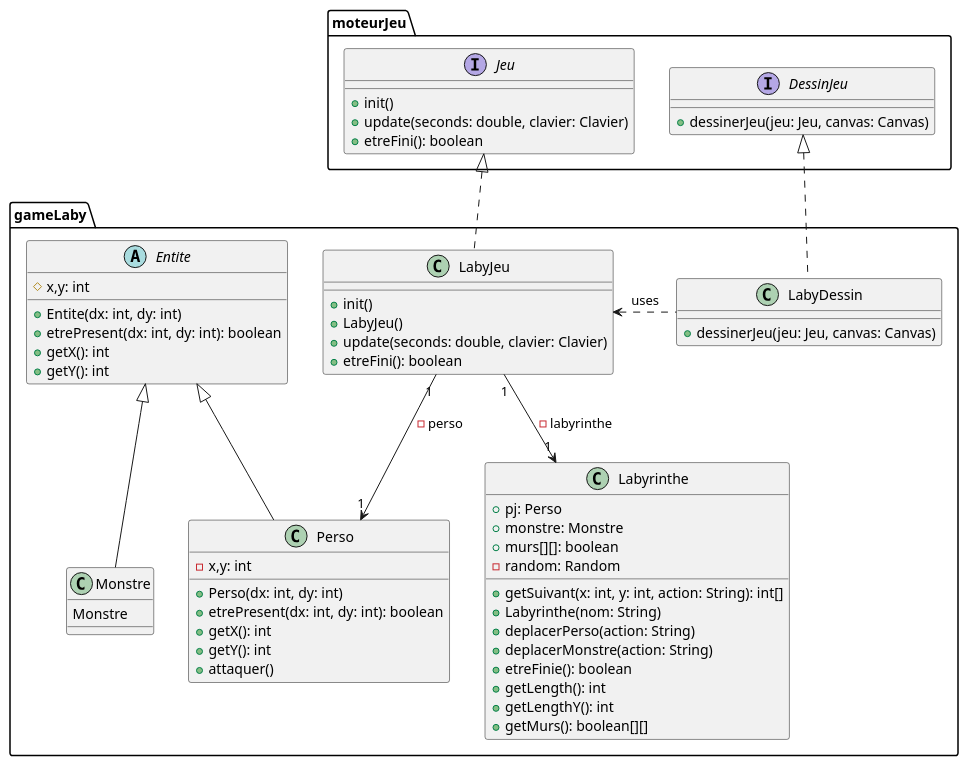
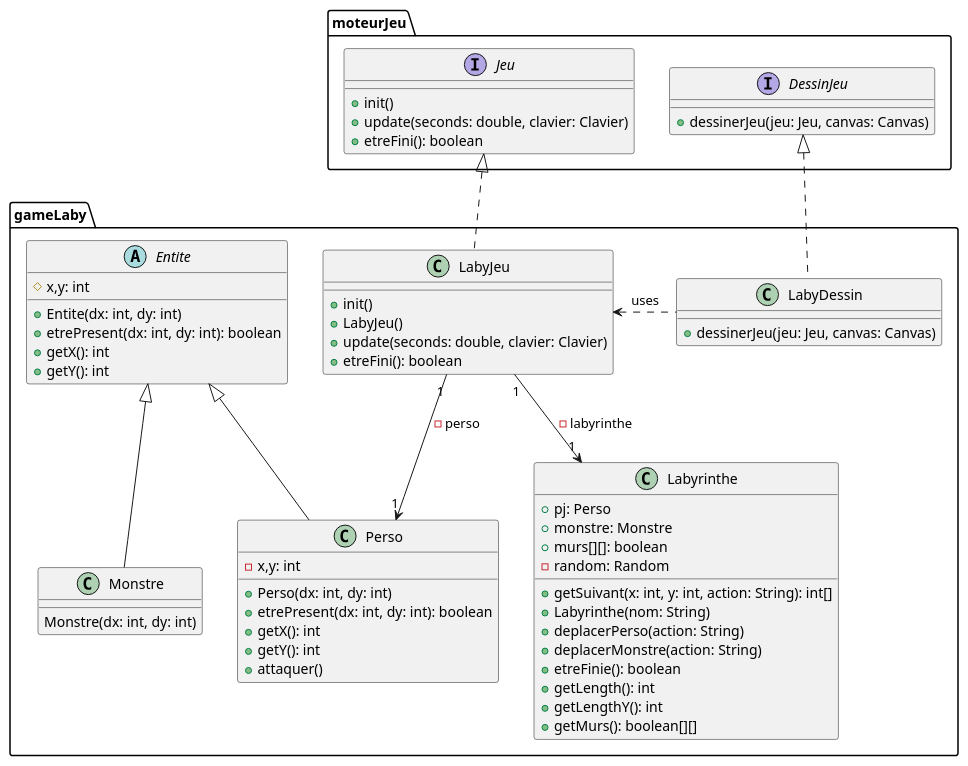
Before and after one commit to SolareFlame/2024_Zeldiablo_heuertz_knorst_defolie: the diagram in documents/version_2/diagclass_labyrinthe.puml, drawn with PlantUML. The commit also changed 1 other file, not shown here.

```diff
--- a/documents/version_2/diagclass_labyrinthe.puml
+++ b/documents/version_2/diagclass_labyrinthe.puml
@@ -1,81 +1,81 @@
 @startuml
 
 package moteurJeu {
 
 interface Jeu{
 + init()
 + update(seconds: double, clavier: Clavier)
 + etreFini(): boolean
 }
 
 
 interface DessinJeu {
 + dessinerJeu(jeu: Jeu, canvas: Canvas)
 }
 }
 
 package gameLaby{
 
 class LabyJeu{
 + init()
 + LabyJeu()
 + update(seconds: double, clavier: Clavier)
 + etreFini(): boolean
 }
 
 Jeu <|.. LabyJeu
 
 class Labyrinthe{
 + pj: Perso
 + monstre: Monstre
 + murs[][]: boolean
 - random: Random
 + getSuivant(x: int, y: int, action: String): int[]
 + Labyrinthe(nom: String)
 + deplacerPerso(action: String)
 + deplacerMonstre(action: String)
 + etreFinie(): boolean
 + getLength(): int
 + getLengthY(): int
 + getMurs(): boolean[][]
 }
 
 LabyJeu "1" --> "1" Labyrinthe : -labyrinthe
 
 class Perso{
 - x,y: int
 + Perso(dx: int, dy: int)
 + etrePresent(dx: int, dy: int): boolean
 + getX(): int
 + getY(): int
 + attaquer()
 }
 
 class Monstre{
-Monstre
+Monstre(dx: int, dy: int)
 }
 
 abstract class Entite{
 # x,y: int
 + Entite(dx: int, dy: int)
 + etrePresent(dx: int, dy: int): boolean
 + getX(): int
 + getY(): int
 }
 
 Entite <|-- Perso
 Entite <|-- Monstre
 
 
 LabyJeu "1" --> "1" Perso : -perso
 
 
 class LabyDessin{
 + dessinerJeu(jeu: Jeu, canvas: Canvas)
 }
 
 DessinJeu <|.. LabyDessin
 LabyJeu <. LabyDessin:uses
 }
 
 @enduml
```
